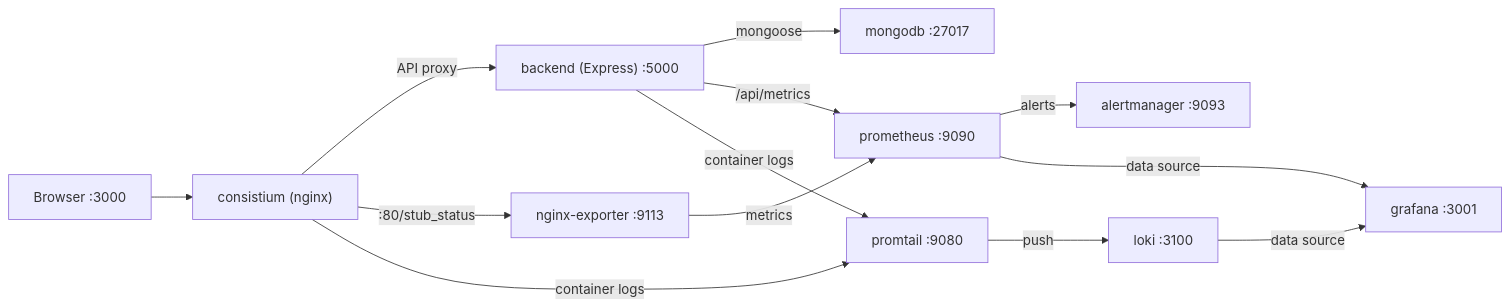
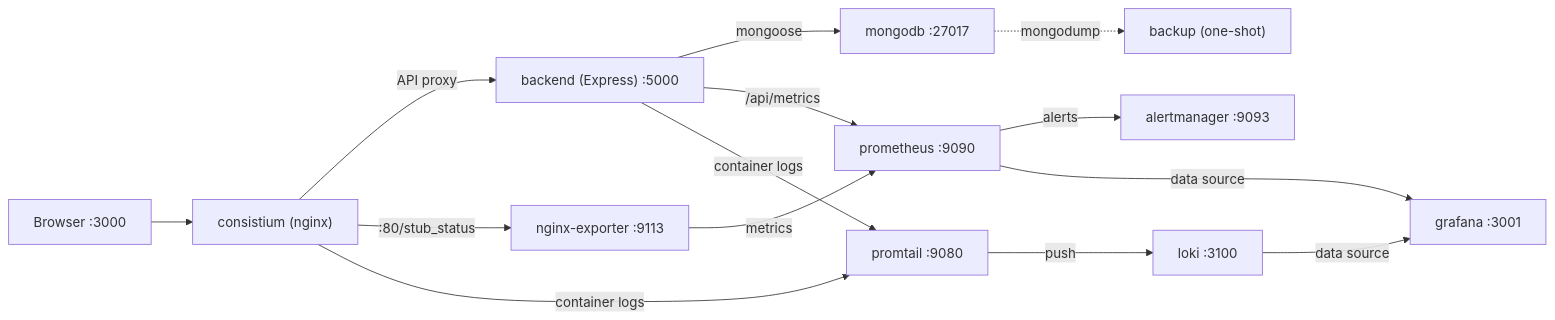
Before and after one commit to Kalpanapramodya97/consistium: the first of 3 diagrams in docs/devops/docker-setup.md, drawn with Mermaid. The commit also changed other lines of this file and 4 other files, not shown here.

````diff
--- a/docs/devops/docker-setup.md
+++ b/docs/devops/docker-setup.md
@@ -228,15 +232,16 @@
 ```mermaid
 graph LR
     A["Browser :3000"] --> B["consistium (nginx)"]
     B -->|"API proxy"| BB["backend (Express) :5000"]
     BB -->|"mongoose"| DB["mongodb :27017"]
     B -->|":80/stub_status"| C["nginx-exporter :9113"]
     BB -->|"/api/metrics"| D2["prometheus :9090"]
     C -->|"metrics"| D2
     D2 -->|"alerts"| AM["alertmanager :9093"]
     D2 -->|"data source"| E["grafana :3001"]
     B -->|"container logs"| F["promtail :9080"]
     BB -->|"container logs"| F
     F -->|"push"| G["loki :3100"]
     G -->|"data source"| E
+    DB -.->|"mongodump"| BK["backup (one-shot)"]
 ```
````
